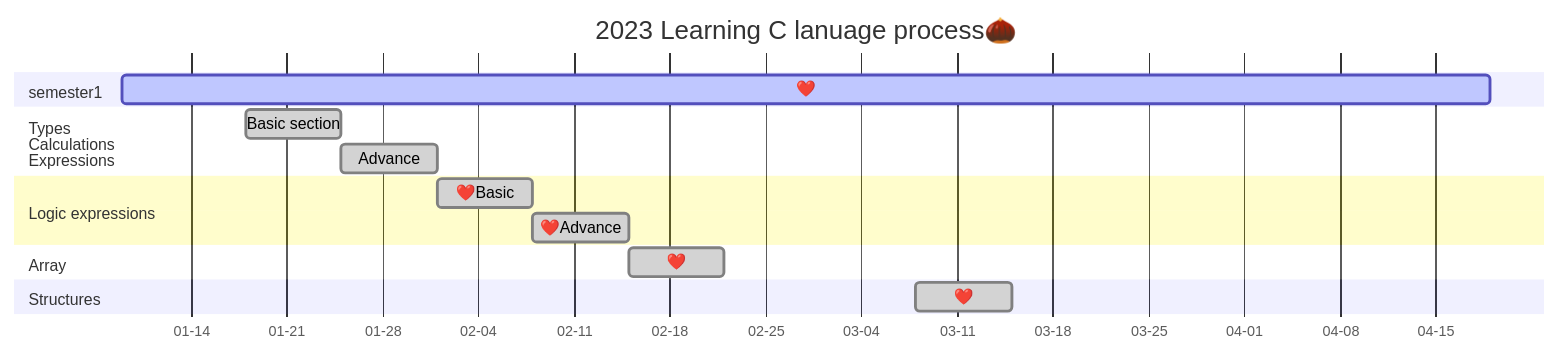
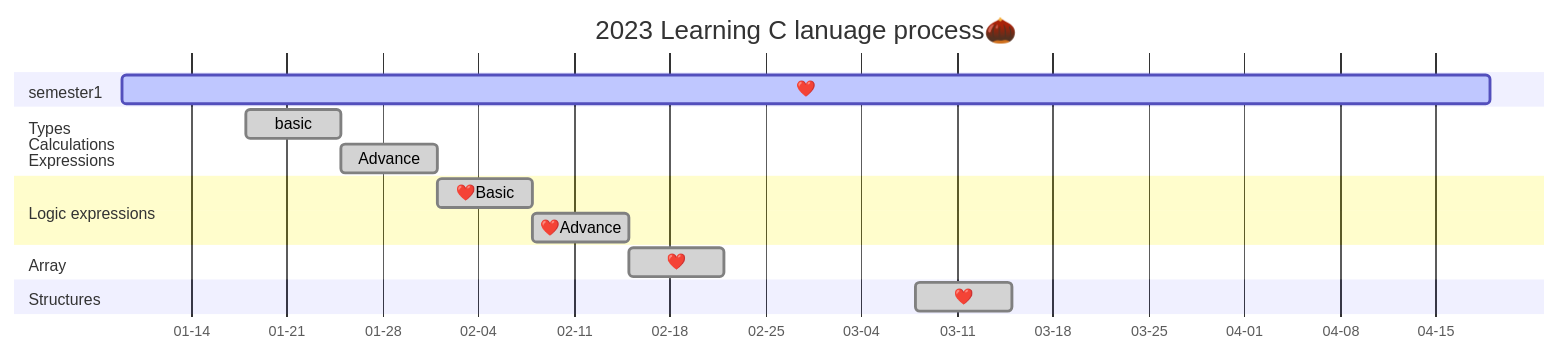
Before and after one commit to AimeeWen1992/Learning-C: the diagram in README.md, drawn with Mermaid.

````diff
--- a/README.md
+++ b/README.md
@@ -15,24 +15,24 @@
 ```mermaid
 gantt
 title 2023 Learning C lanuage process🌰 
 dateFormat YYYY-MM-DD
 axisFormat %m-%d
 section semester1
         ❤️:active,01-09,100d
 section Types<br />Calculations<br />Expressions
-        Basic section   :done,01-18,7d
+        basic   :done,01-18,7d
         Advance :done,01-25,7d
 
 section Logic expressions
         ❤️Basic   :done,02-01,7d
         ❤️Advance :done,02-08,7d
 
 section Array
         ❤️      :done,02-15,7d
 
 section Structures
         ❤️      :done,03-08,7d
 
 section Fountion
 
 ```
````
